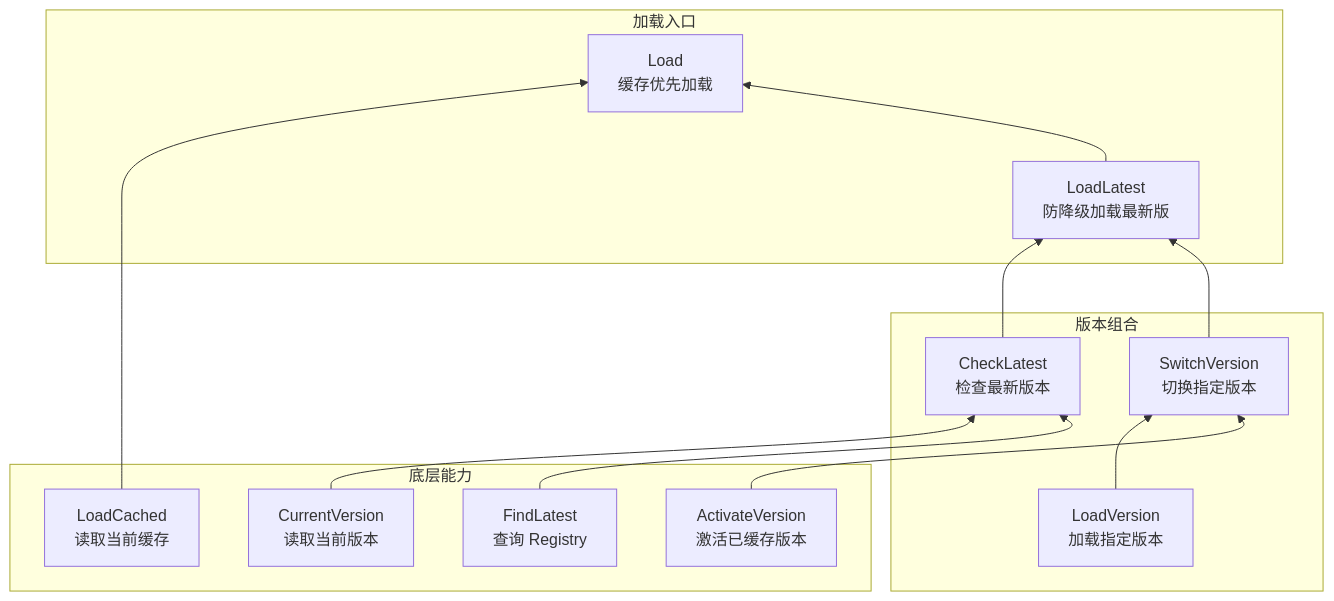
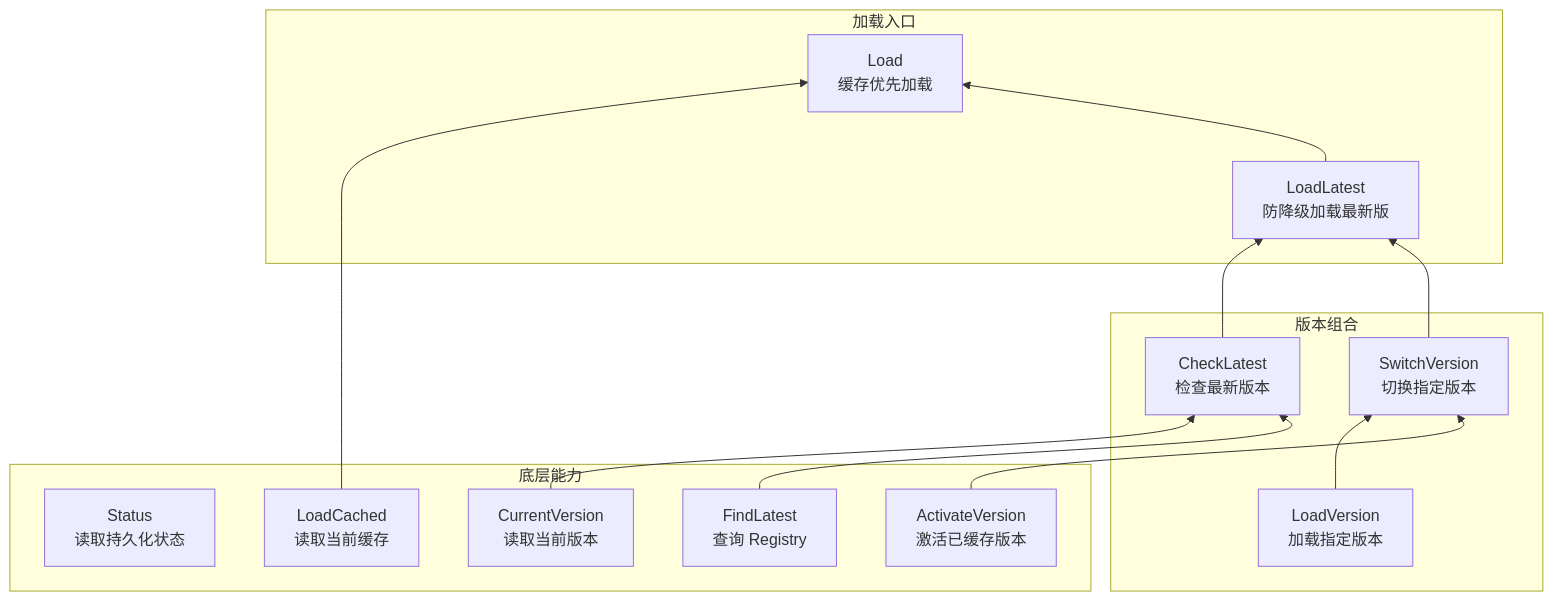
The first of 2 diagrams in README.md (goroutined/modellink-go), drawn with Mermaid before and after one commit. The commit also changed other lines of this file and 3 other files, not shown here.

````diff
--- a/README.md
+++ b/README.md
@@ -91,29 +92,30 @@
 ```mermaid
 flowchart BT
     subgraph P["底层能力"]
+        ST["Status<br/>读取持久化状态"]
         CV["CurrentVersion<br/>读取当前版本"]
         LC["LoadCached<br/>读取当前缓存"]
         FL["FindLatest<br/>查询 Registry"]
         AV["ActivateVersion<br/>激活已缓存版本"]
     end
 
     subgraph C["版本组合"]
         LV["LoadVersion<br/>加载指定版本"]
         CL["CheckLatest<br/>检查最新版本"]
         SV["SwitchVersion<br/>切换指定版本"]
     end
 
     subgraph H["加载入口"]
         LL["LoadLatest<br/>防降级加载最新版"]
         LD["Load<br/>缓存优先加载"]
     end
 
     CV --> CL
     FL --> CL
     LV --> SV
     AV --> SV
     CL --> LL
     SV --> LL
     LC --> LD
     LL --> LD
 ```
````
